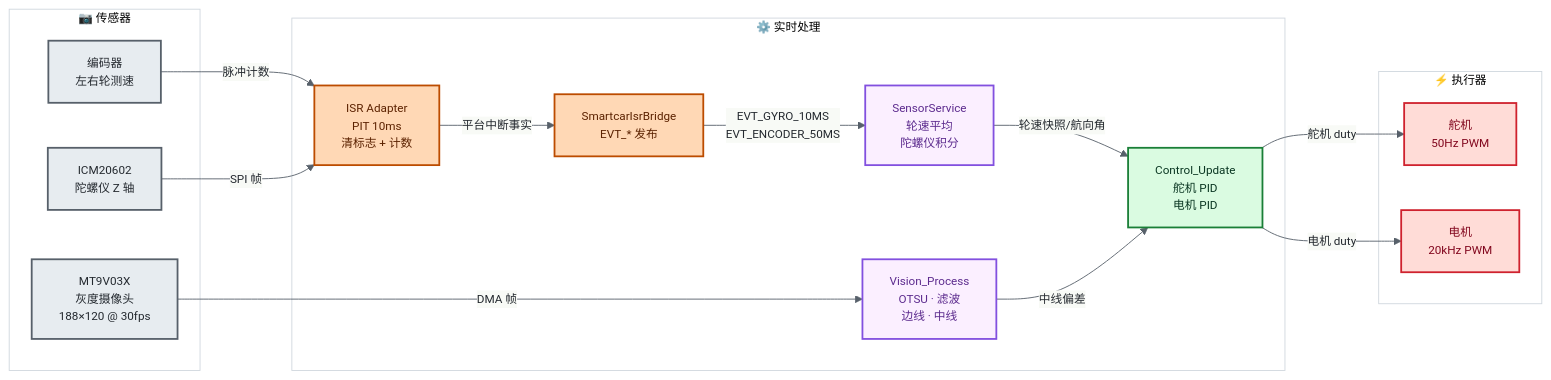
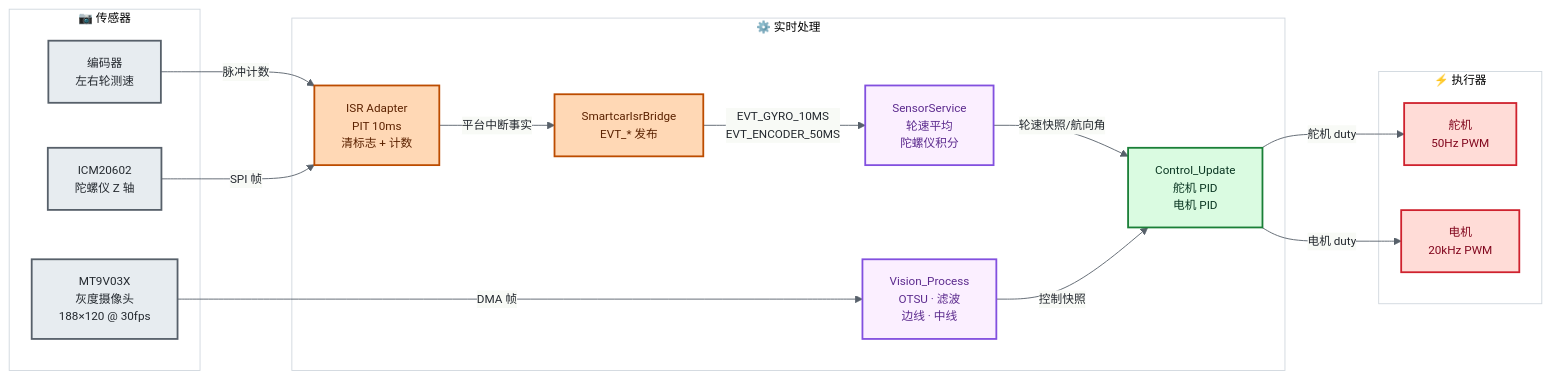
One commit to ParacosmYy/GS_Smart_car changed the second of 3 diagrams in README.md. Above: the diagram before and after it, drawn with Mermaid. The commit also changed other lines of this file and 17 other files, not shown here.

````diff
--- a/README.md
+++ b/README.md
@@ -102,38 +104,38 @@
 ```mermaid
 %%{init: {'theme':'base','themeVariables':{'primaryColor':'#f6f8fa','primaryTextColor':'#24292f','primaryBorderColor':'#d0d7de','lineColor':'#57606a','fontSize':'13px','fontFamily':'ui-sans-serif,system-ui,-apple-system,Segoe UI,Helvetica,Arial,sans-serif','clusterBkg':'#ffffff','clusterBorder':'#d0d7de'}}}%%
 flowchart LR
     classDef sensor  fill:#e7ecf0,stroke:#57606a,stroke-width:2px,color:#24292f
     classDef isr     fill:#ffd8b5,stroke:#bc4c00,stroke-width:2px,color:#5c2200
     classDef vision  fill:#fbefff,stroke:#8250df,stroke-width:2px,color:#5c2b8e
     classDef control fill:#dafbe1,stroke:#1a7f37,stroke-width:2px,color:#0a3622
     classDef actOut  fill:#ffdcd7,stroke:#cf222e,stroke-width:2px,color:#82071e
 
     subgraph SENS[" 📷 传感器 "]
         CAM["MT9V03X<br/>灰度摄像头<br/>188×120 @ 30fps"]:::sensor
         ENC["编码器<br/>左右轮测速"]:::sensor
         GYRO["ICM20602<br/>陀螺仪 Z 轴"]:::sensor
     end
 
     subgraph PROC[" ⚙️ 实时处理 "]
         ISR["ISR Adapter<br/>PIT 10ms<br/>清标志 + 计数"]:::isr
         BRIDGE["SmartcarIsrBridge<br/>EVT_* 发布"]:::isr
         SENSOR["SensorService<br/>轮速平均<br/>陀螺仪积分"]:::vision
         VISION["Vision_Process<br/>OTSU · 滤波<br/>边线 · 中线"]:::vision
         CONTROL["Control_Update<br/>舵机 PID<br/>电机 PID"]:::control
     end
 
     subgraph ACT[" ⚡ 执行器 "]
         SERVO["舵机<br/>50Hz PWM"]:::actOut
         MOTOR["电机<br/>20kHz PWM"]:::actOut
     end
 
     CAM    -->|DMA 帧| VISION
     ENC    -->|脉冲计数| ISR
     GYRO   -->|SPI 帧| ISR
     ISR    -->|平台中断事实| BRIDGE
     BRIDGE -->|EVT_GYRO_10MS<br/>EVT_ENCODER_50MS| SENSOR
     SENSOR -->|轮速快照/航向角| CONTROL
-    VISION -->|中线偏差| CONTROL
+    VISION -->|控制快照| CONTROL
     CONTROL -->|舵机 duty| SERVO
     CONTROL -->|电机 duty| MOTOR
 ```
````
